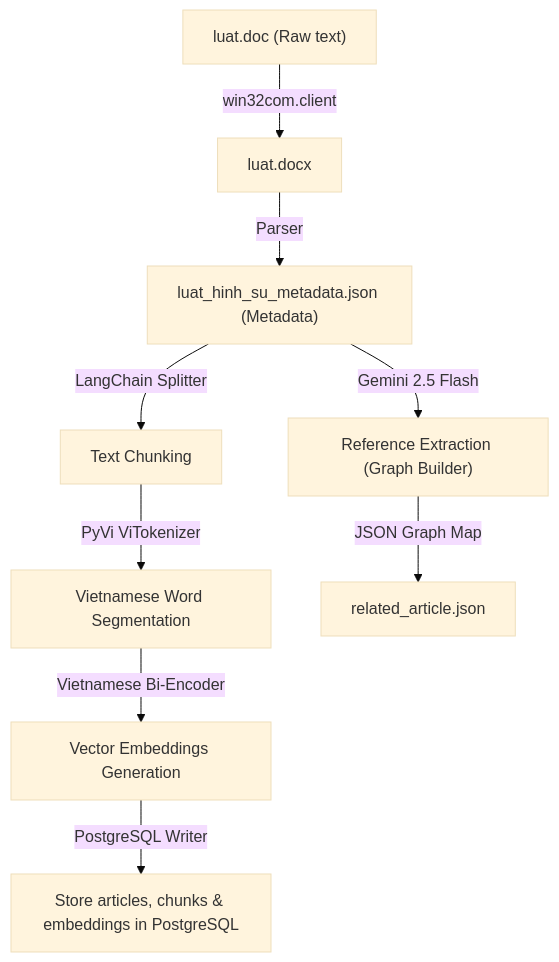
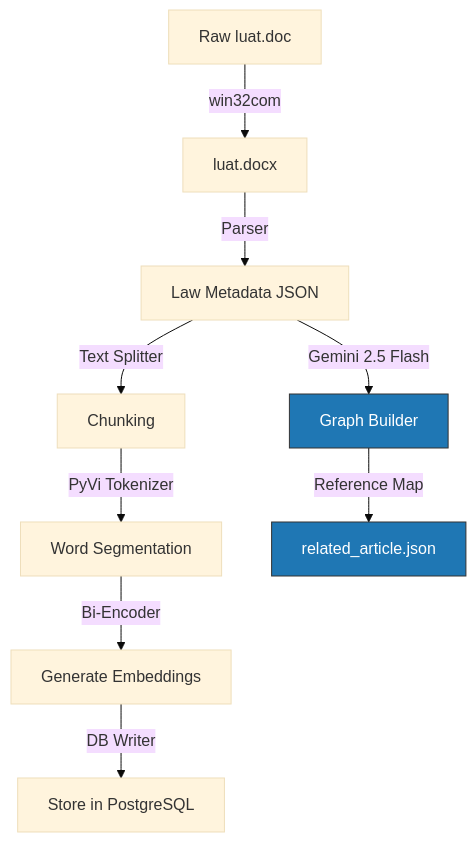
The first of 2 diagrams in README.md (hqcfmlno1/Legal-Judgment-Prediction), drawn with Mermaid (base theme) before and after one commit. The commit also changed other lines of this file, not shown here.

````diff
--- a/README.md
+++ b/README.md
@@ -13,11 +15,14 @@
 ```mermaid
 graph TD
-    A["luat.doc (Raw text)"] -->|"win32com.client"| B["luat.docx"]
-    B -->|"Parser"| C["luat_hinh_su_metadata.json (Metadata)"]
-    C -->|"LangChain Splitter"| D["Text Chunking"]
-    D -->|"PyVi ViTokenizer"| E["Vietnamese Word Segmentation"]
-    E -->|"Vietnamese Bi-Encoder"| F["Vector Embeddings Generation"]
-    C -->|"Gemini 2.5 Flash"| G["Reference Extraction (Graph Builder)"]
-    G -->|"JSON Graph Map"| H["related_article.json"]
-    F -->|"PostgreSQL Writer"| I["Store articles, chunks & embeddings in PostgreSQL"]
+    A["Raw luat.doc"] -->|"win32com"| B["luat.docx"]
+    B -->|"Parser"| C["Law Metadata JSON"]
+    C -->|"Text Splitter"| D["Chunking"]
+    D -->|"PyVi Tokenizer"| E["Word Segmentation"]
+    E -->|"Bi-Encoder"| F["Generate Embeddings"]
+    C -->|"Gemini 2.5 Flash"| G["Graph Builder"]
+    G -->|"Reference Map"| H["related_article.json"]
+    F -->|"DB Writer"| I["Store in PostgreSQL"]
+
+    classDef graphNode fill:#1f77b4,stroke:#333,stroke-width:1px,color:#fff;
+    class G,H graphNode;
 ```
````
